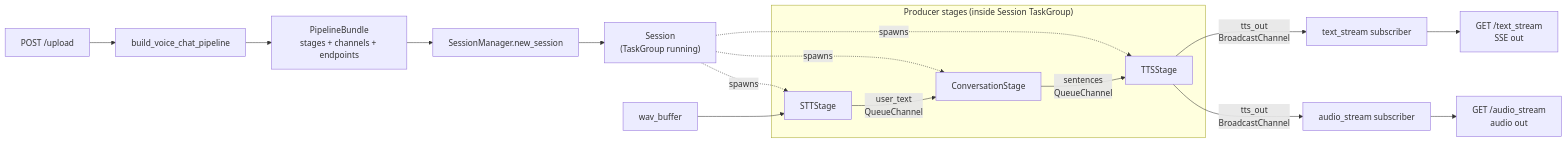
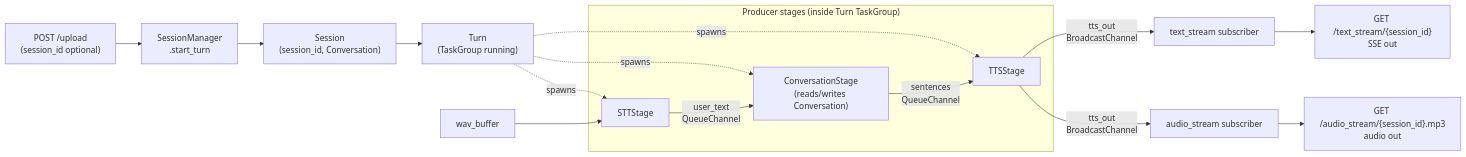
The second of 3 diagrams in gateway/README.md (CyanFlow-Tech/Aura), drawn with Mermaid before and after one commit. The commit also changed other lines of this file and 13 other files, not shown here.

Commit message:
implemented mult-turn conversation

````diff
--- a/gateway/README.md
+++ b/gateway/README.md
@@ -74,25 +92,24 @@
 ```mermaid
 flowchart LR
-    upload["POST /upload"] --> build["build_voice_chat_pipeline"]
-    build --> bundle["PipelineBundle<br/>stages + channels + endpoints"]
-    bundle --> mgr["SessionManager.new_session"]
-    mgr --> sess["Session<br/>(TaskGroup running)"]
+    upload["POST /upload<br/>(session_id optional)"] --> mgr["SessionManager<br/>.start_turn"]
+    mgr --> sess["Session<br/>(session_id, Conversation)"]
+    sess --> turn["Turn<br/>(TaskGroup running)"]
 
-    subgraph Producers["Producer stages (inside Session TaskGroup)"]
+    subgraph Producers["Producer stages (inside Turn TaskGroup)"]
         stt["STTStage"]
-        conv["ConversationStage"]
+        conv["ConversationStage<br/>(reads/writes Conversation)"]
         tts["TTSStage"]
     end
-    sess -.spawns.-> stt
-    sess -.spawns.-> conv
-    sess -.spawns.-> tts
+    turn -.spawns.-> stt
+    turn -.spawns.-> conv
+    turn -.spawns.-> tts
 
     wav["wav_buffer"] --> stt
     stt -->|"user_text<br/>QueueChannel"| conv
     conv -->|"sentences<br/>QueueChannel"| tts
     tts -->|"tts_out<br/>BroadcastChannel"| ep_t["text_stream subscriber"]
     tts -->|"tts_out<br/>BroadcastChannel"| ep_a["audio_stream subscriber"]
 
-    ep_t --> sse["GET /text_stream<br/>SSE out"]
-    ep_a --> mp3["GET /audio_stream<br/>audio out"]
+    ep_t --> sse["GET /text_stream/{session_id}<br/>SSE out"]
+    ep_a --> mp3["GET /audio_stream/{session_id}.mp3<br/>audio out"]
 ```
````
